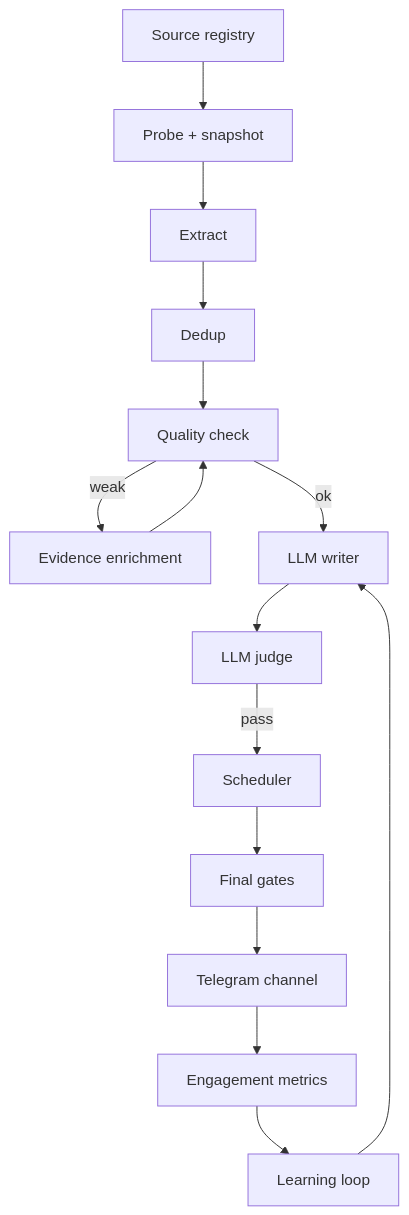
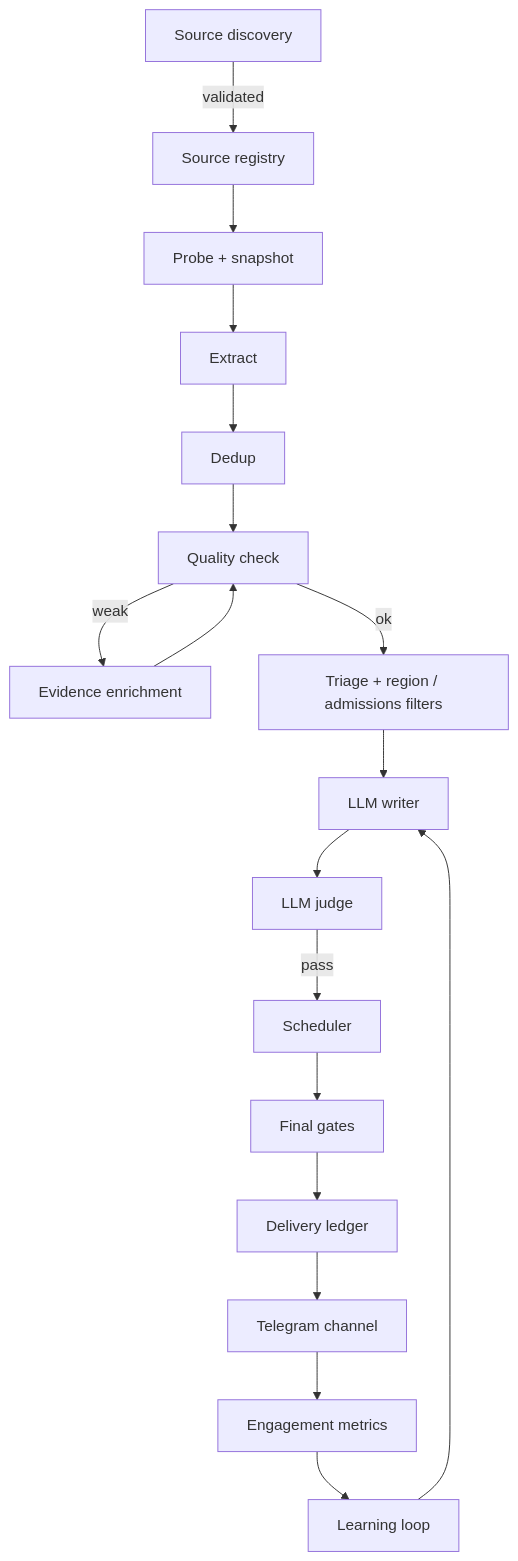
The first of 2 diagrams in README.md (EAeaza/grantpulse-showcase), drawn with Mermaid before and after one commit. The commit also changed other lines of this file and 3 other files, not shown here.

````diff
--- a/README.md
+++ b/README.md
@@ -23,17 +23,20 @@
 ```mermaid
 flowchart TD
     R[Source registry] --> P[Probe + snapshot]
+    DS[Source discovery] -->|validated| R
     P --> X[Extract]
     X --> D[Dedup]
     D --> Q[Quality check]
     Q -->|weak| E[Evidence enrichment]
     E --> Q
-    Q -->|ok| W[LLM writer]
+    Q -->|ok| TR[Triage + region / admissions filters]
+    TR --> W[LLM writer]
     W --> J[LLM judge]
     J -->|pass| S[Scheduler]
     S --> G[Final gates]
-    G --> T[Telegram channel]
+    G --> DL[Delivery ledger]
+    DL --> T[Telegram channel]
     T --> M[Engagement metrics]
     M --> L[Learning loop]
     L --> W
 ```
````
